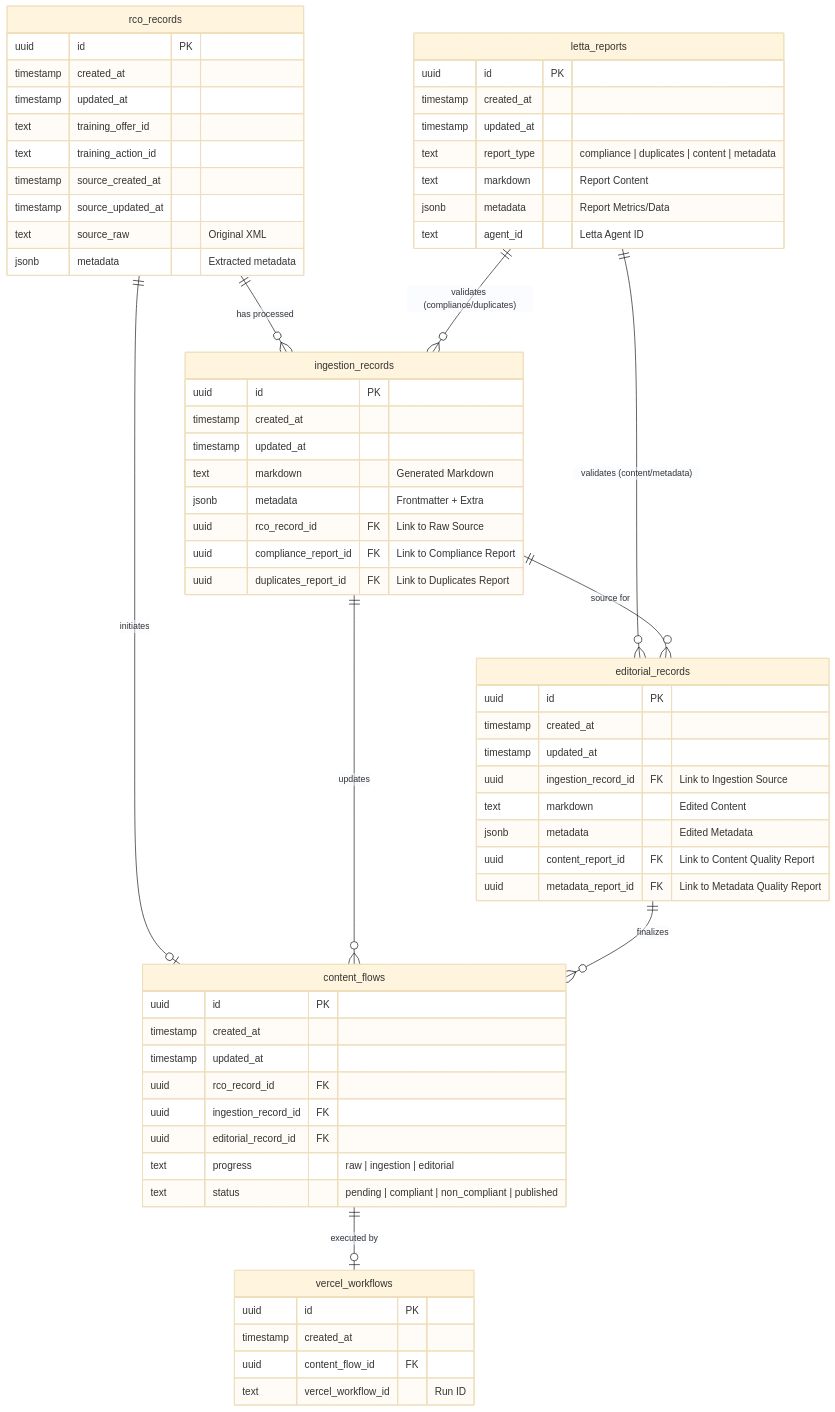
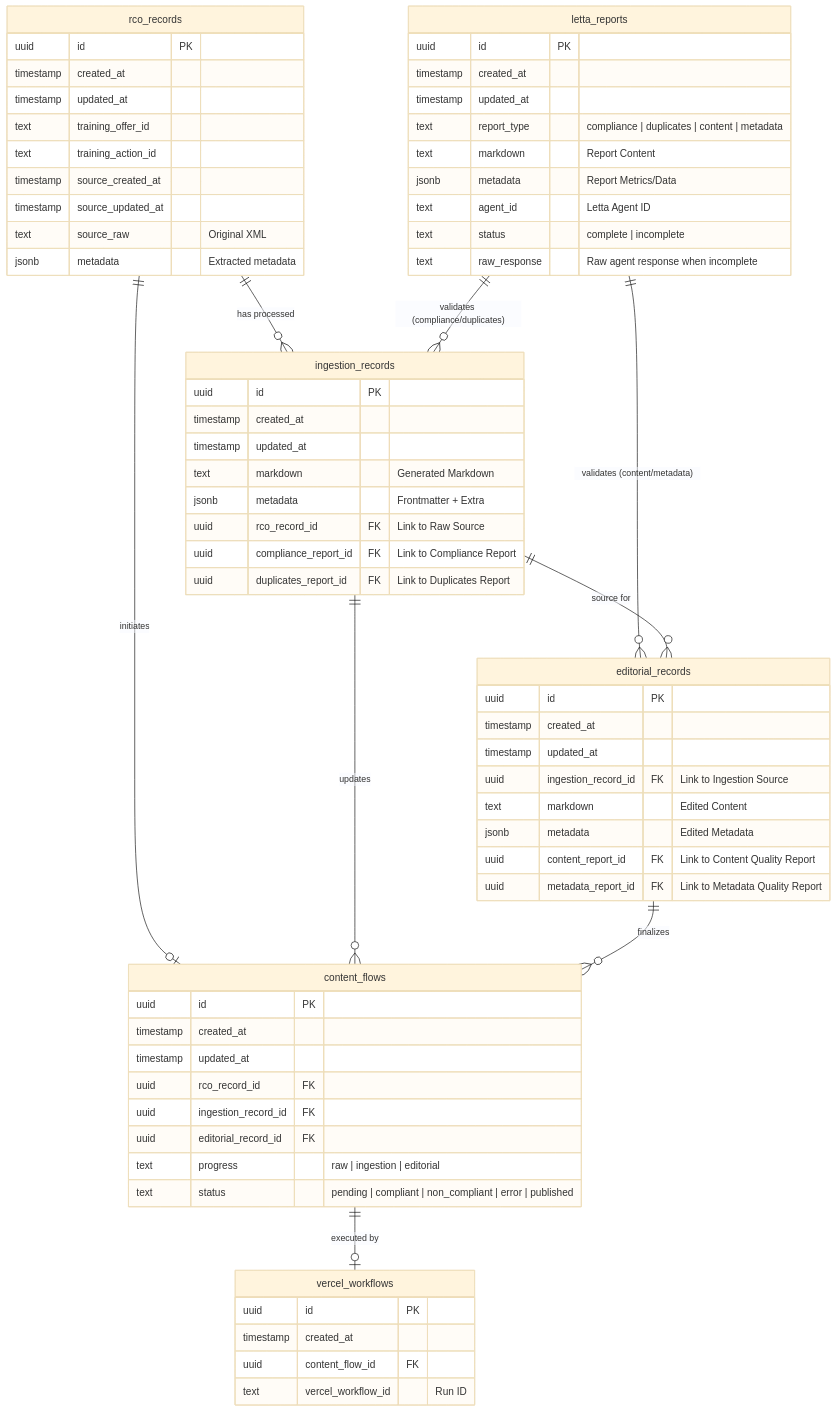
The diagram in documentation/database/schema.md (refugies-info/playground), drawn with Mermaid (base theme) before and after one commit. The commit also changed other lines of this file and 9 other files, not shown here.

First line of the commit message:
feat(ri-1050): add error handling for incomplete Letta agent responses

````diff
--- a/documentation/database/schema.md
+++ b/documentation/database/schema.md
@@ -18,77 +18,79 @@
 ```mermaid
 erDiagram
     rco_records ||--o| content_flows : "initiates"
     rco_records ||--o{ ingestion_records : "has processed"
 
     letta_reports ||--o{ ingestion_records : "validates (compliance/duplicates)"
     letta_reports ||--o{ editorial_records : "validates (content/metadata)"
 
     ingestion_records ||--o{ editorial_records : "source for"
     ingestion_records ||--o{ content_flows : "updates"
 
     editorial_records ||--o{ content_flows : "finalizes"
 
     content_flows ||--o| vercel_workflows : "executed by"
 
     rco_records {
         uuid id PK
         timestamp created_at
         timestamp updated_at
         text training_offer_id
         text training_action_id
         timestamp source_created_at
         timestamp source_updated_at
         text source_raw "Original XML"
         jsonb metadata "Extracted metadata"
     }
 
     ingestion_records {
         uuid id PK
         timestamp created_at
         timestamp updated_at
         text markdown "Generated Markdown"
         jsonb metadata "Frontmatter + Extra"
         uuid rco_record_id FK "Link to Raw Source"
         uuid compliance_report_id FK "Link to Compliance Report"
         uuid duplicates_report_id FK "Link to Duplicates Report"
     }
 
     editorial_records {
         uuid id PK
         timestamp created_at
         timestamp updated_at
         uuid ingestion_record_id FK "Link to Ingestion Source"
         text markdown "Edited Content"
         jsonb metadata "Edited Metadata"
         uuid content_report_id FK "Link to Content Quality Report"
         uuid metadata_report_id FK "Link to Metadata Quality Report"
     }
 
     letta_reports {
         uuid id PK
         timestamp created_at
         timestamp updated_at
         text report_type "compliance | duplicates | content | metadata"
         text markdown "Report Content"
         jsonb metadata "Report Metrics/Data"
         text agent_id "Letta Agent ID"
+        text status "complete | incomplete"
+        text raw_response "Raw agent response when incomplete"
     }
 
     content_flows {
         uuid id PK
         timestamp created_at
         timestamp updated_at
         uuid rco_record_id FK
         uuid ingestion_record_id FK
         uuid editorial_record_id FK
         text progress "raw | ingestion | editorial"
-        text status "pending | compliant | non_compliant | published"
+        text status "pending | compliant | non_compliant | error | published"
     }
 
     vercel_workflows {
         uuid id PK
         timestamp created_at
         uuid content_flow_id FK
         text vercel_workflow_id "Run ID"
     }
 ```
````
